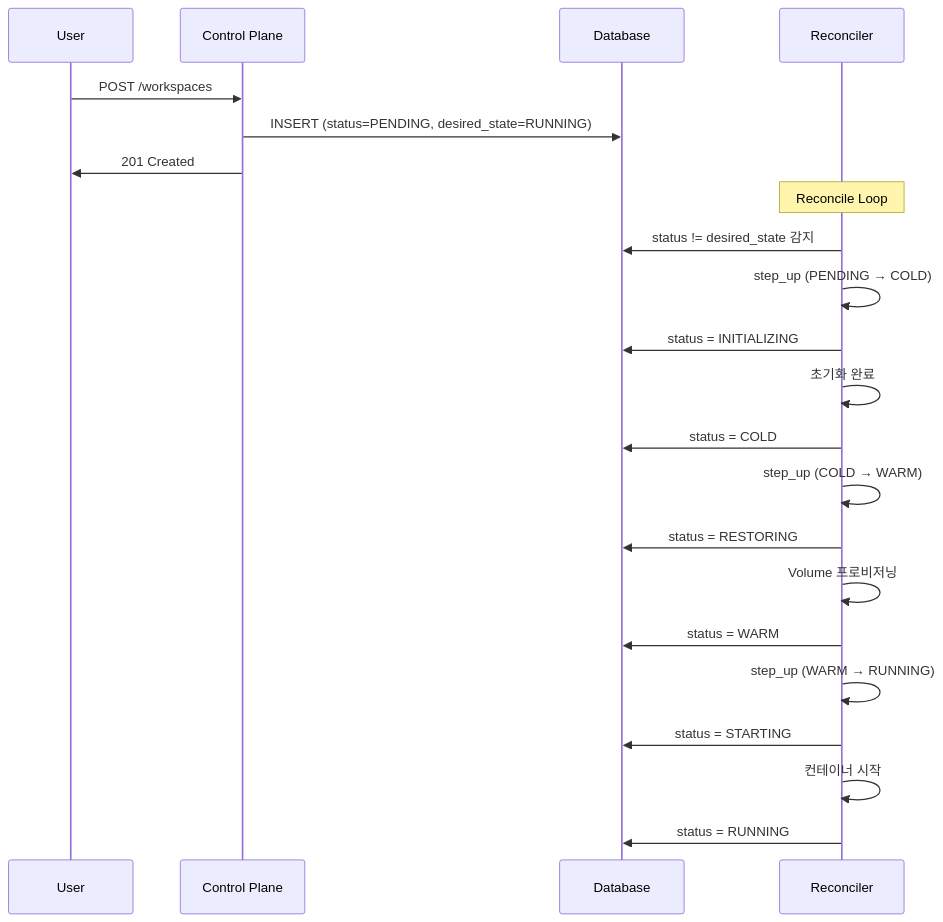
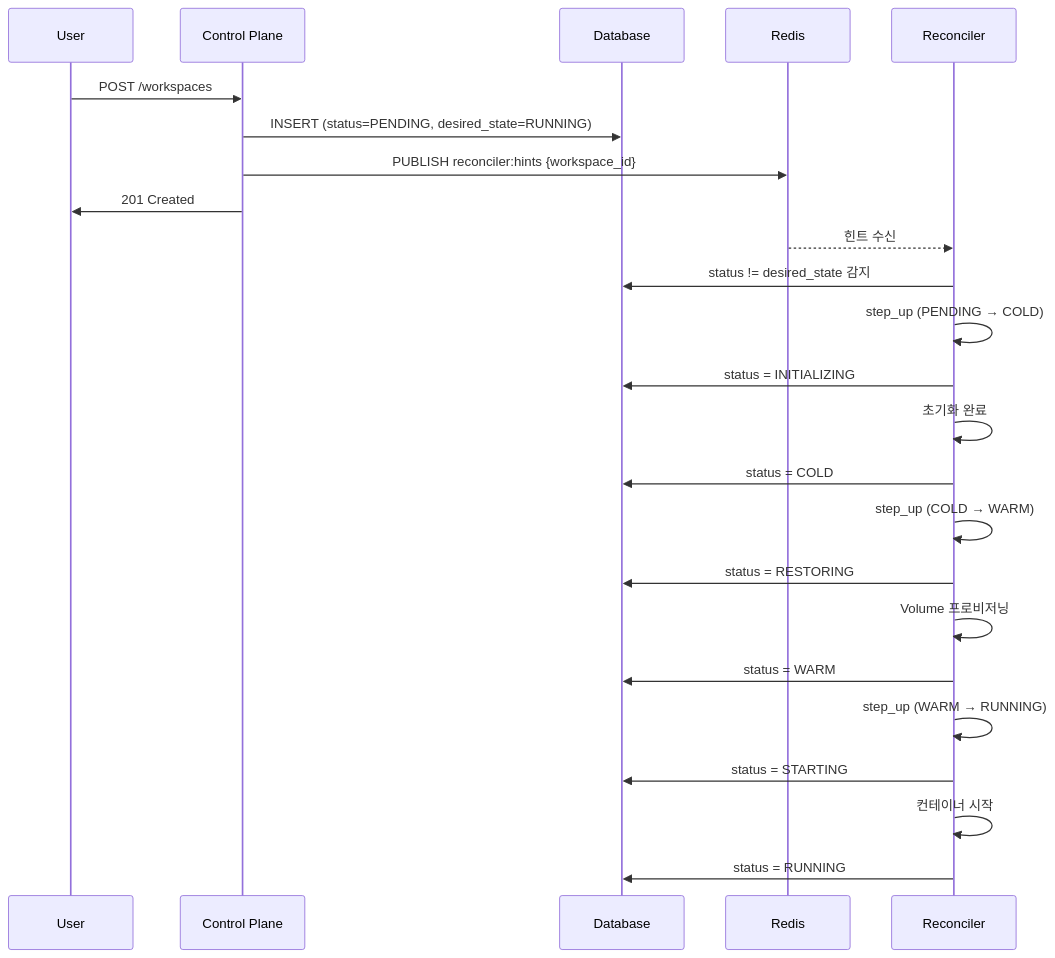
The first of 10 diagrams in docs/spec_v2/flows.md (cagojeiger/code-hub), drawn with Mermaid before and after one commit. The commit also changed other lines of this file, not shown here.

First line of the commit message:
docs(spec_v2): add Redis hints for immediate Reconciler trigger

````diff
--- a/docs/spec_v2/flows.md
+++ b/docs/spec_v2/flows.md
@@ -17,28 +17,30 @@
 ```mermaid
 sequenceDiagram
     participant U as User
     participant API as Control Plane
     participant DB as Database
+    participant Redis as Redis
     participant R as Reconciler
 
     U->>API: POST /workspaces
     API->>DB: INSERT (status=PENDING, desired_state=RUNNING)
+    API->>Redis: PUBLISH reconciler:hints {workspace_id}
     API->>U: 201 Created
 
-    Note over R: Reconcile Loop
+    Redis-->>R: 힌트 수신
     R->>DB: status != desired_state 감지
     R->>R: step_up (PENDING → COLD)
     R->>DB: status = INITIALIZING
     R->>R: 초기화 완료
     R->>DB: status = COLD
 
     R->>R: step_up (COLD → WARM)
     R->>DB: status = RESTORING
     R->>R: Volume 프로비저닝
     R->>DB: status = WARM
 
     R->>R: step_up (WARM → RUNNING)
     R->>DB: status = STARTING
     R->>R: 컨테이너 시작
     R->>DB: status = RUNNING
 ```
````
